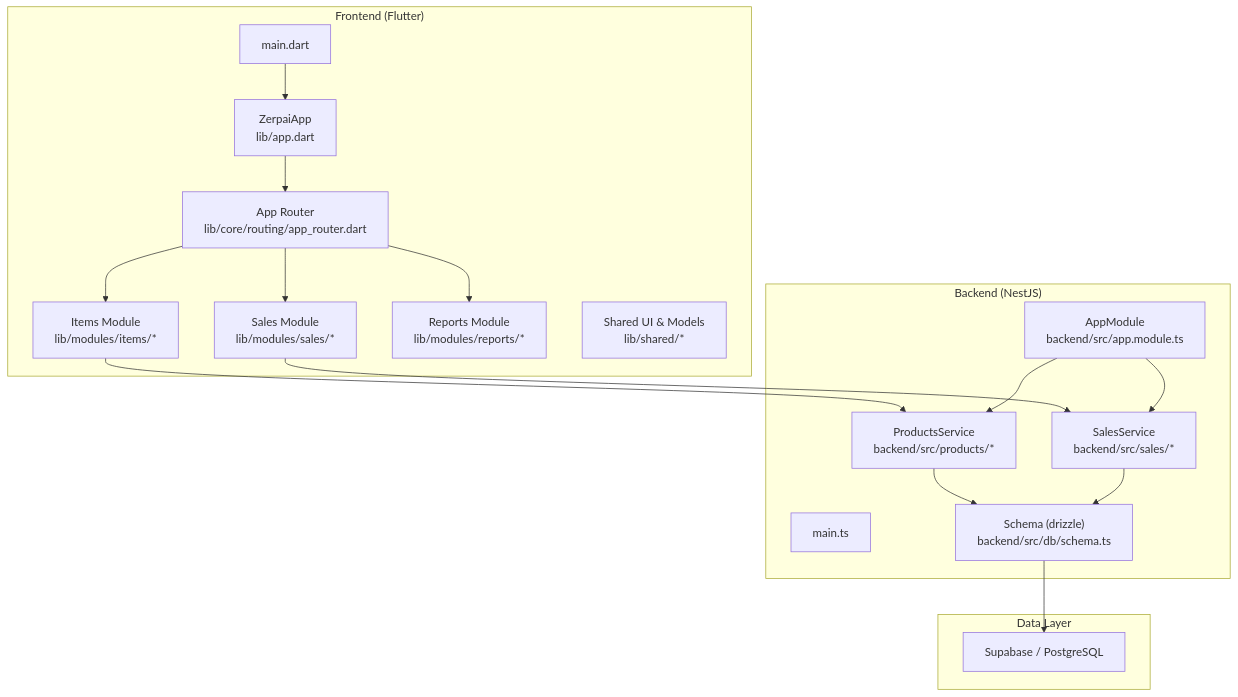
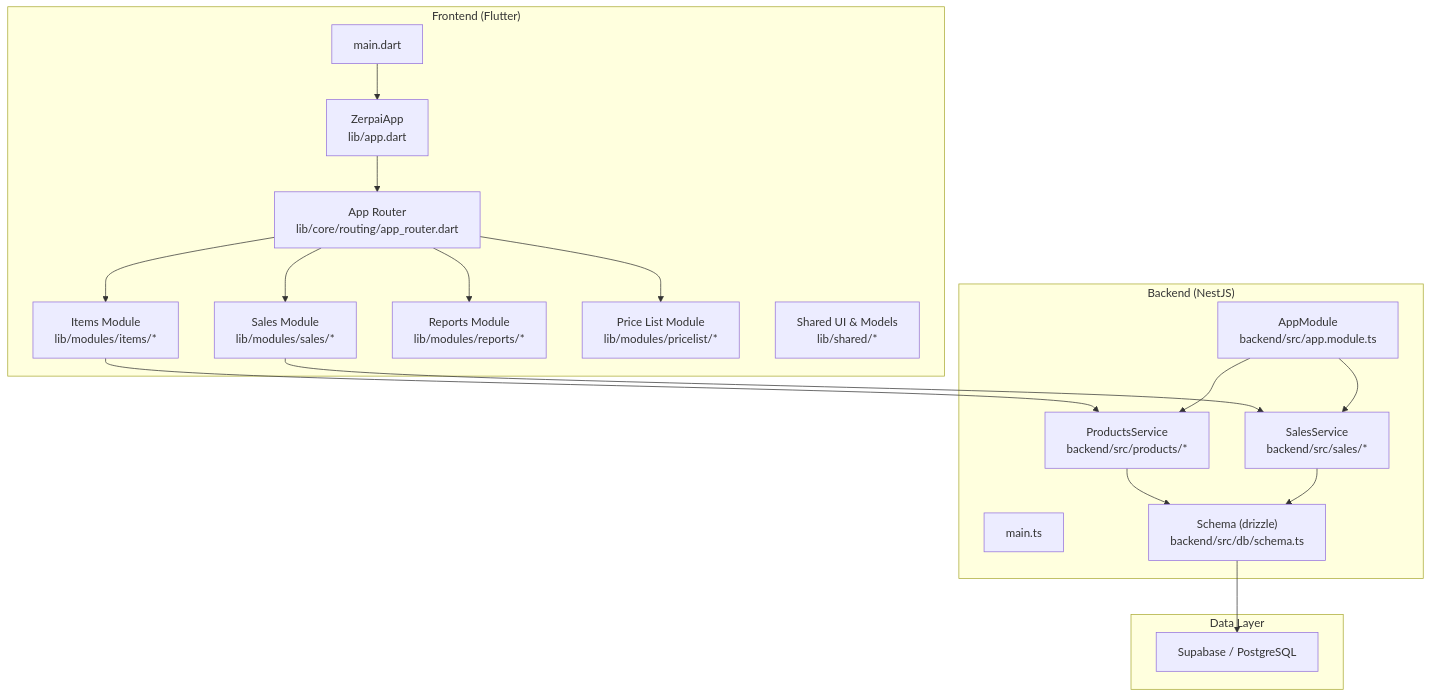
Before and after one commit to ARUNTHOMAS3/trans: the first of 7 diagrams in repowiki/en/content/Core Modules/Core Modules.md, drawn with Mermaid. The commit also changed other lines of this file and 1490 other files, not shown here.

````diff
--- a/repowiki/en/content/Core Modules/Core Modules.md
+++ b/repowiki/en/content/Core Modules/Core Modules.md
@@ -40,34 +40,36 @@
 ```mermaid
 graph TB
 subgraph "Frontend (Flutter)"
 APP["ZerpaiApp<br/>lib/app.dart"]
 MAIN["main.dart"]
 ROUTER["App Router<br/>lib/core/routing/app_router.dart"]
 ITEMS["Items Module<br/>lib/modules/items/*"]
 SALES["Sales Module<br/>lib/modules/sales/*"]
 REPORTS["Reports Module<br/>lib/modules/reports/*"]
+PRICELIST["Price List Module<br/>lib/modules/pricelist/*"]
 SHARED["Shared UI & Models<br/>lib/shared/*"]
 end
 subgraph "Backend (NestJS)"
 NEST_APP["AppModule<br/>backend/src/app.module.ts"]
 MAIN_TS["main.ts"]
 PRODUCTS_SVC["ProductsService<br/>backend/src/products/*"]
 SALES_SVC["SalesService<br/>backend/src/sales/*"]
 DB_SCHEMA["Schema (drizzle)<br/>backend/src/db/schema.ts"]
 end
 subgraph "Data Layer"
 SUPABASE["Supabase / PostgreSQL"]
 end
 MAIN --> APP
 APP --> ROUTER
 ROUTER --> ITEMS
 ROUTER --> SALES
 ROUTER --> REPORTS
+ROUTER --> PRICELIST
 ITEMS --> PRODUCTS_SVC
 SALES --> SALES_SVC
 NEST_APP --> PRODUCTS_SVC
 NEST_APP --> SALES_SVC
 PRODUCTS_SVC --> DB_SCHEMA
 SALES_SVC --> DB_SCHEMA
 DB_SCHEMA --> SUPABASE
 ```
````
